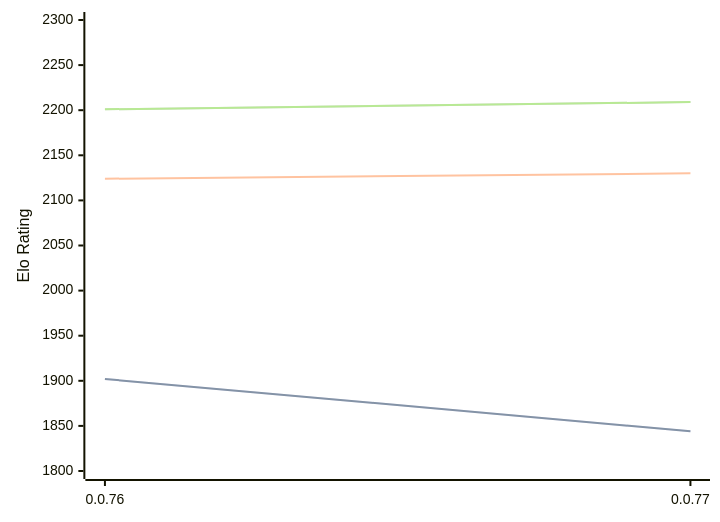
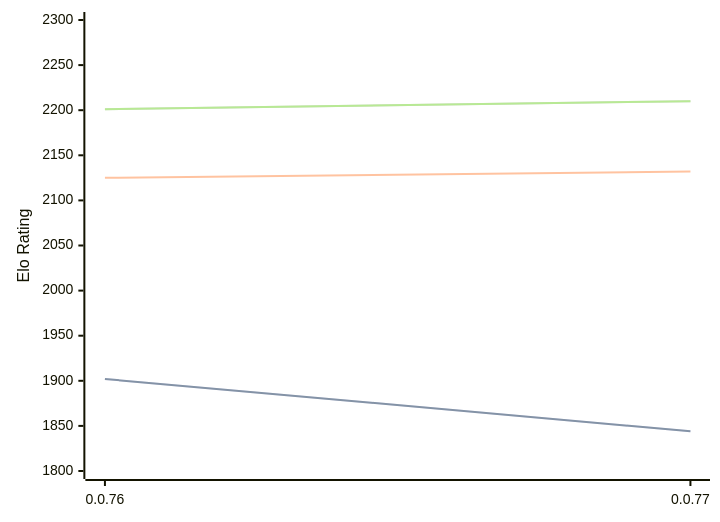
One commit to computer-chess-index/cci changed the diagram in engines/Fktb.md. Above: the diagram before and after it, drawn with Mermaid. The commit also changed other lines of this file, not shown here.

Commit message:
Update CCI Ratings (ELO VLTC) - 2026-07-23

````diff
--- a/engines/Fktb.md
+++ b/engines/Fktb.md
@@ -32,11 +32,11 @@
 ```mermaid
 %%{init: {"theme":"base","themeVariables":{"seriesColors:['#a3a3a3','#222221','#faa371']}}}%%
 xychart-beta
   x-axis ["0.0.76", "0.0.77"]
   y-axis "Elo Rating" 1800 --> 2300
   line "STC (8.0+0.08s)" [1902, 1844]
   line "STC (8.0+0.08s)" [1902, 1844]
-  line "LTC (60.0+0.60s)" [2124, 2130]
-  line "VLTC (2m24s+1.12s)" [2201, 2209]
-  line "VLTC (2m24s+1.12s)" [2201, 2209]
+  line "LTC (60.0+0.60s)" [2125, 2132]
+  line "VLTC (2m24s+1.12s)" [2201, 2210]
+  line "VLTC (2m24s+1.12s)" [2201, 2210]
 ```
````
